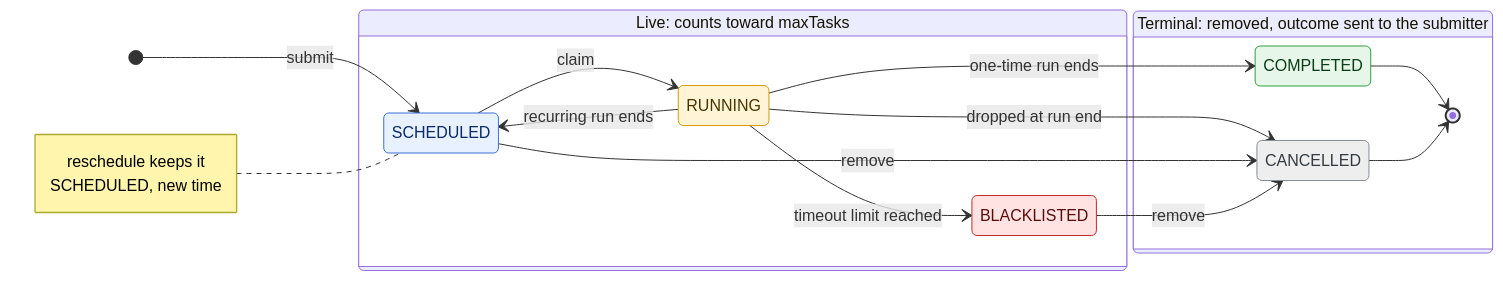
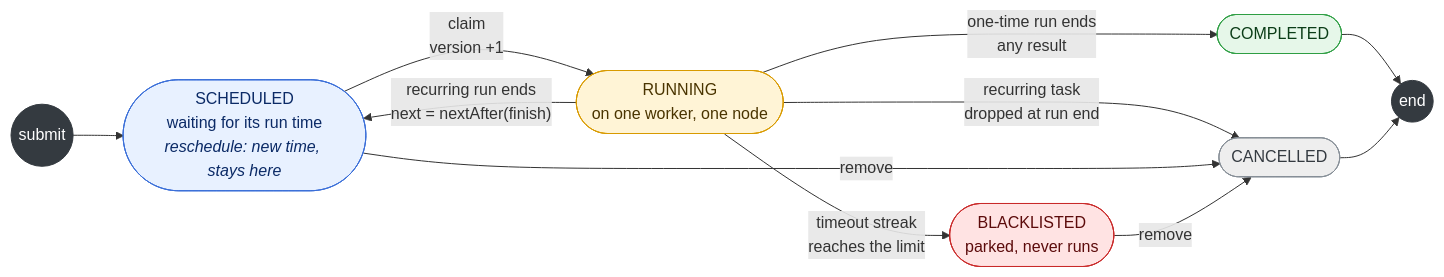
One commit to deyindra/System_Design changed the fifth of 9 diagrams in scheduler/README.md. Above: the diagram before and after it, drawn with Mermaid. The commit also changed other lines of this file, not shown here.

````diff
--- a/scheduler/README.md
+++ b/scheduler/README.md
@@ -363,40 +350,26 @@
 ```mermaid
-stateDiagram-v2
-    direction LR
-    [*] --> SCHEDULED: submit
-
-    state "Live: counts toward maxTasks" as LIVE {
-        SCHEDULED --> RUNNING: claim
-        RUNNING --> SCHEDULED: recurring run ends
-        RUNNING --> BLACKLISTED: timeout limit reached
-    }
-
-    state "Terminal: removed, outcome sent to the submitter" as END {
-        COMPLETED
-        CANCELLED
-    }
-
-    RUNNING --> COMPLETED: one-time run ends
-    RUNNING --> CANCELLED: dropped at run end
-    SCHEDULED --> CANCELLED: remove
-    BLACKLISTED --> CANCELLED: remove
-
-    note left of SCHEDULED
-        reschedule keeps it
-        SCHEDULED, new time
-    end note
-
-    COMPLETED --> [*]
-    CANCELLED --> [*]
+flowchart LR
+    START(("submit")) --> S
+    S(["SCHEDULED<br/>waiting for its run time<br/><i>reschedule: new time, stays here</i>"]) -->|"claim<br/>version +1"| R(["RUNNING<br/>on one worker, one node"])
+    R -->|"recurring run ends<br/>next = nextAfter(finish)"| S
+    R -->|"timeout streak<br/>reaches the limit"| B(["BLACKLISTED<br/>parked, never runs"])
+    R -->|"one-time run ends<br/>any result"| C(["COMPLETED"])
+    R -->|"recurring task<br/>dropped at run end"| X(["CANCELLED"])
+    S -->|"remove"| X
+    B -->|"remove"| X
+    C --> FIN(("end"))
+    X --> FIN
 
     classDef pending fill:#e8f1ff,stroke:#3b6fd8,color:#0b2a66
     classDef active fill:#fff4d6,stroke:#d89a00,color:#4a3400
     classDef parked fill:#ffe3e3,stroke:#c92a2a,color:#5c0b0b
     classDef done fill:#e6f7e9,stroke:#2f9e44,color:#0b3d17
     classDef gone fill:#eeeeee,stroke:#868e96,color:#343a40
-    class SCHEDULED pending
-    class RUNNING active
-    class BLACKLISTED parked
-    class COMPLETED done
-    class CANCELLED gone
+    classDef term fill:#343a40,stroke:#343a40,color:#ffffff
+    class S pending
+    class R active
+    class B parked
+    class C done
+    class X gone
+    class START,FIN term
 ```
````
